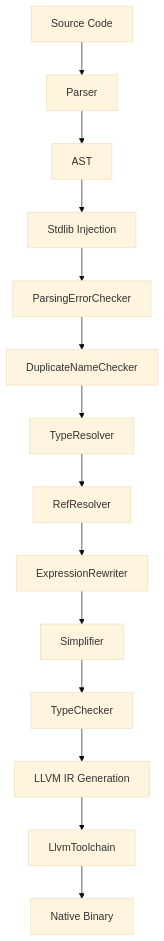
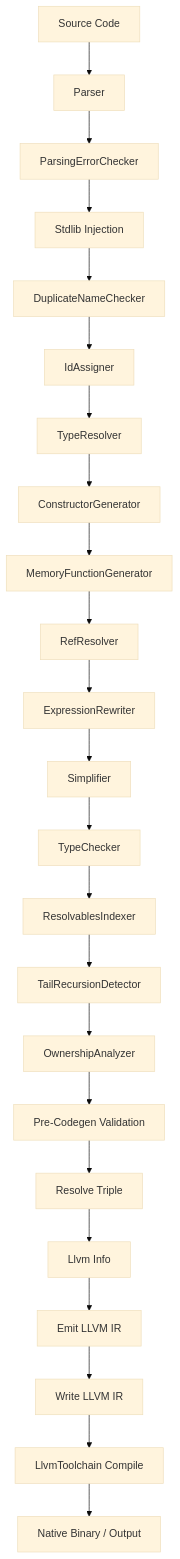
Before and after one commit to fedesilva/minnieml: the diagram in docs/design/compiler-design.md, drawn with Mermaid (base theme). The commit also changed other lines of this file and 427 other files, not shown here.

````diff
--- a/docs/design/compiler-design.md
+++ b/docs/design/compiler-design.md
@@ -588,16 +824,25 @@
 ```mermaid
 flowchart TD
-    Source[Source Code] --> Parser[Parser]
-    Parser --> AST[AST]
-    AST --> Inject[Stdlib Injection]
-    Inject --> PEC[ParsingErrorChecker]
-    PEC --> DNC[DuplicateNameChecker]
-    DNC --> TR[TypeResolver]
-    TR --> RR[RefResolver]
+    Source[Source Code] --> Parse[Parser]
+    Parse --> PEC[ParsingErrorChecker]
+    PEC --> Inject[Stdlib Injection]
+    Inject --> DNC[DuplicateNameChecker]
+    DNC --> IDA[IdAssigner]
+    IDA --> TR[TypeResolver]
+    TR --> CG[ConstructorGenerator]
+    CG --> MFG[MemoryFunctionGenerator]
+    MFG --> RR[RefResolver]
     RR --> ER[ExpressionRewriter]
     ER --> S[Simplifier]
     S --> TC[TypeChecker]
-    TC --> CG[LLVM IR Generation]
-    CG --> LO[LlvmToolchain]
-    LO --> Binary[Native Binary]
+    TC --> RI[ResolvablesIndexer]
+    RI --> TRD[TailRecursionDetector]
+    TRD --> OA[OwnershipAnalyzer]
+    OA --> VAL[Pre-Codegen Validation]
+    VAL --> RT[Resolve Triple]
+    RT --> LI[Llvm Info]
+    LI --> EM[Emit LLVM IR]
+    EM --> WI[Write LLVM IR]
+    WI --> TOOL[LlvmToolchain Compile]
+    TOOL --> Binary[Native Binary / Output]
 ```
````
